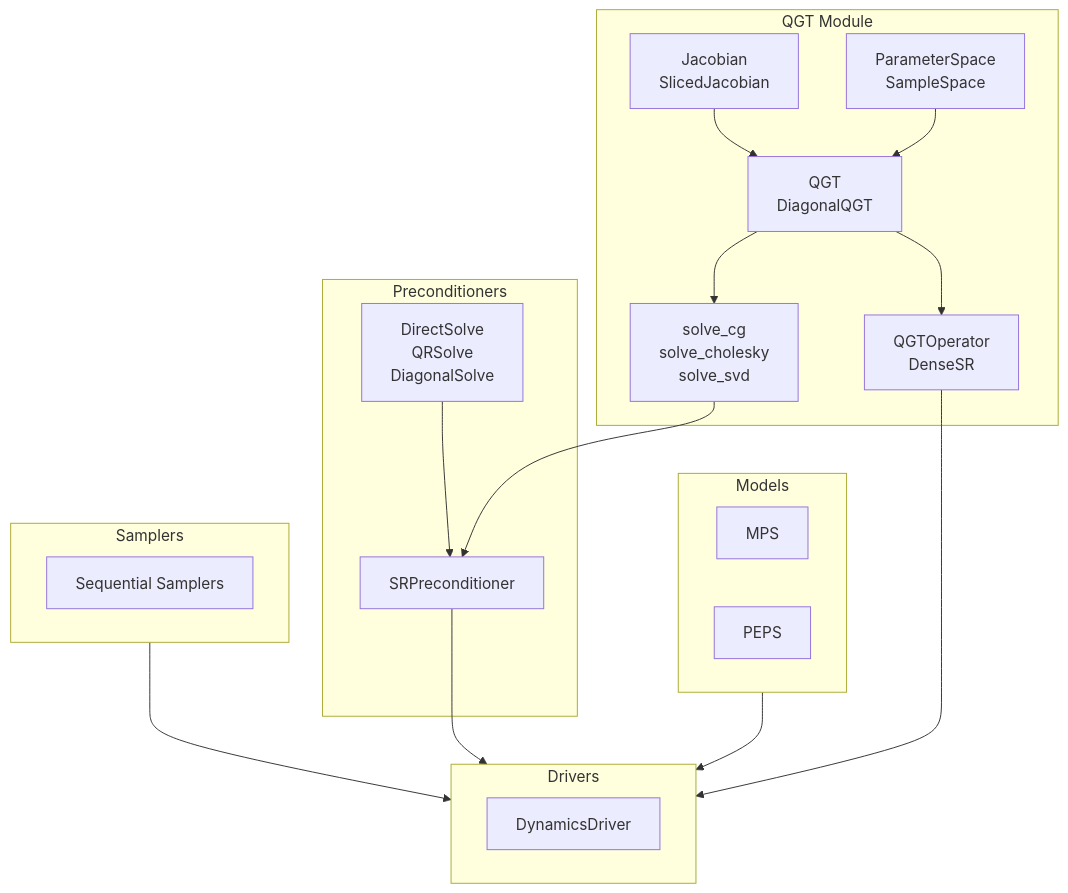
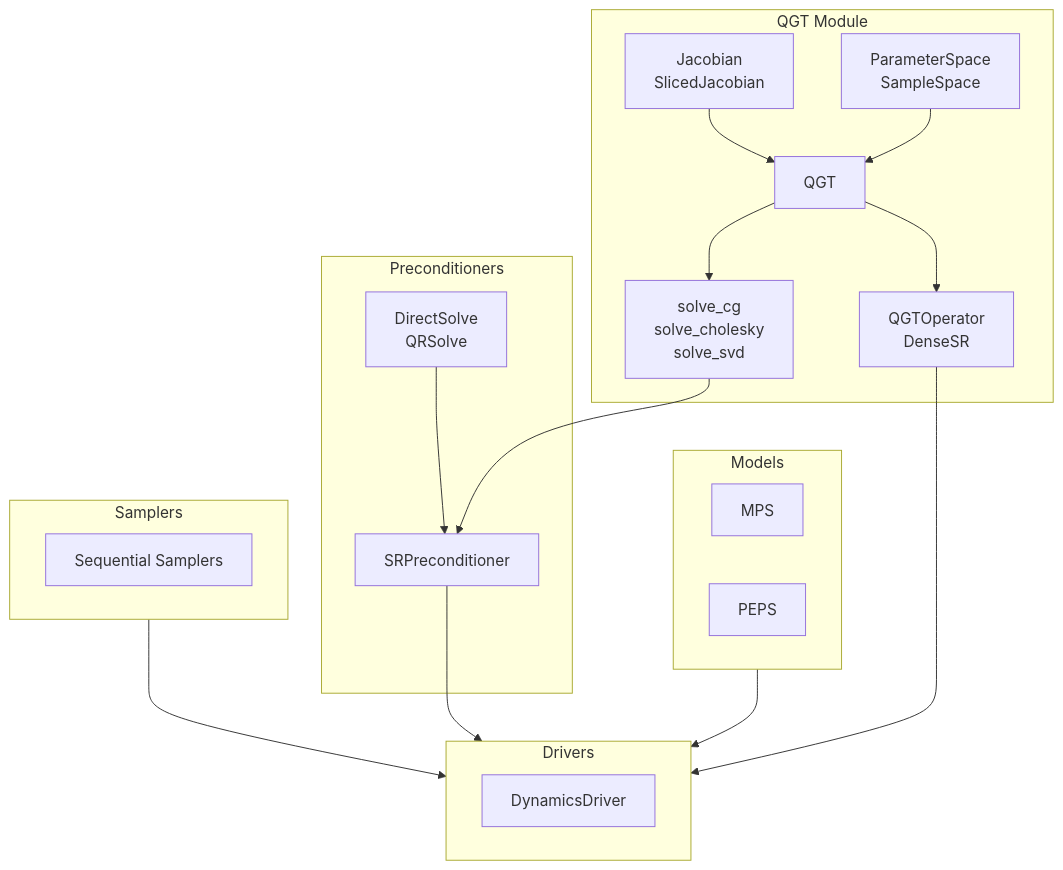
The fourth of 4 diagrams in DESIGN.md (fliingelephant/VMC), drawn with Mermaid before and after one commit. The commit also changed other lines of this file and 14 other files, not shown here.

Commit message:
Remove diagonal QGT support and align utils

````diff
--- a/DESIGN.md
+++ b/DESIGN.md
@@ -189,38 +173,38 @@
 ```mermaid
 flowchart TD
     subgraph Models
         MPS["MPS"]
         PEPS["PEPS"]
     end
 
     subgraph QGT["QGT Module"]
         Jac["Jacobian<br/>SlicedJacobian"]
-        QGTCore["QGT<br/>DiagonalQGT"]
+        QGTCore["QGT"]
         Space["ParameterSpace<br/>SampleSpace"]
         Solvers["solve_cg<br/>solve_cholesky<br/>solve_svd"]
         NetKet["QGTOperator<br/>DenseSR"]
     end
 
     subgraph Preconditioners
         SRP["SRPreconditioner"]
-        Strategy["DirectSolve<br/>QRSolve<br/>DiagonalSolve"]
+        Strategy["DirectSolve<br/>QRSolve"]
     end
 
     subgraph Drivers
         Dynamics["DynamicsDriver"]
     end
     subgraph Samplers
         Seq["Sequential Samplers"]
     end
 
     Models --> Drivers
     Samplers --> Drivers
     Jac --> QGTCore
     Space --> QGTCore
     QGTCore --> Solvers
     QGTCore --> NetKet
     Solvers --> SRP
     Strategy --> SRP
     SRP --> Drivers
     NetKet --> Drivers
 ```
````
